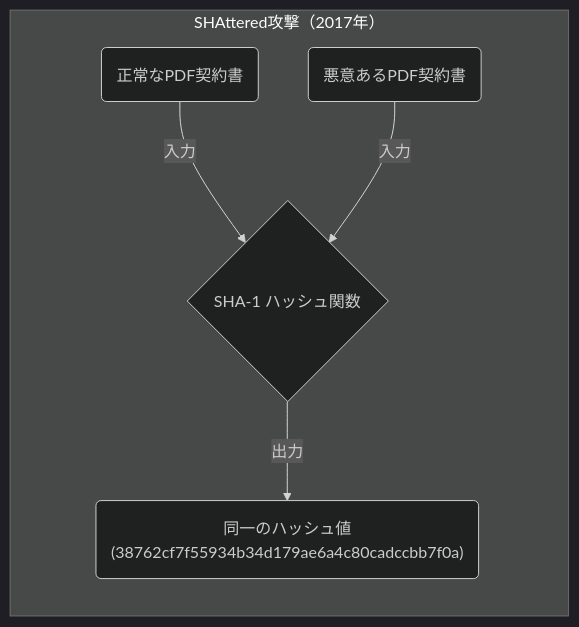
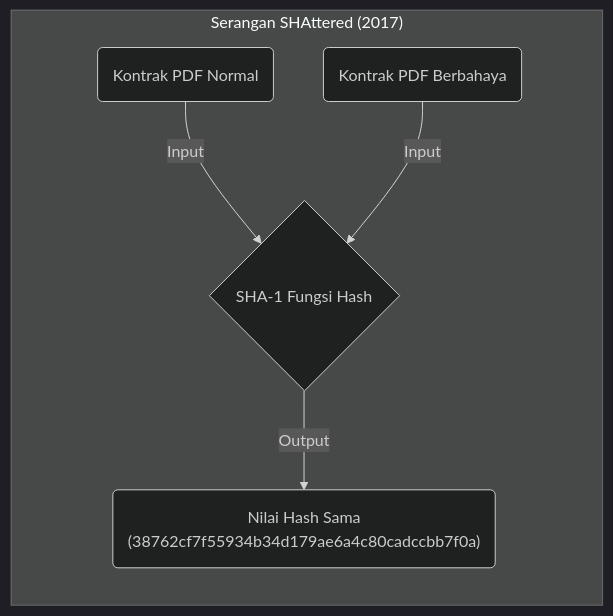
The second of 3 diagrams in content/post/pigeonhole-principle-hash-collision/index.id.md (kenjinote/blog), drawn with Mermaid (dark theme) before and after one commit. The commit also changed other lines of this file and 28 other files, not shown here.

Commit message:
Translate Japanese text inside Mermaid diagrams to respective languages

````diff
--- a/content/post/pigeonhole-principle-hash-collision/index.id.md
+++ b/content/post/pigeonhole-principle-hash-collision/index.id.md
@@ -149,13 +149,13 @@
 ```mermaid
 graph LR
-    subgraph "SHAttered攻撃（2017年）"
-        F1("正常なPDF契約書")
-        F2("悪意あるPDF契約書")
-        H{"SHA-1 ハッシュ関数"}
-        V("同一のハッシュ値\n(38762cf7f55934b34d179ae6a4c80cadccbb7f0a)")
+    subgraph "Serangan SHAttered (2017)"
+        F1("Kontrak PDF Normal")
+        F2("Kontrak PDF Berbahaya")
+        H{"SHA-1 Fungsi Hash"}
+        V("Nilai Hash Sama\n(38762cf7f55934b34d179ae6a4c80cadccbb7f0a)")
     end
 
-    F1 -->|"入力"| H
-    F2 -->|"入力"| H
-    H -->|"出力"| V
+    F1 -->|"Input"| H
+    F2 -->|"Input"| H
+    H -->|"Output"| V
 ```
````
